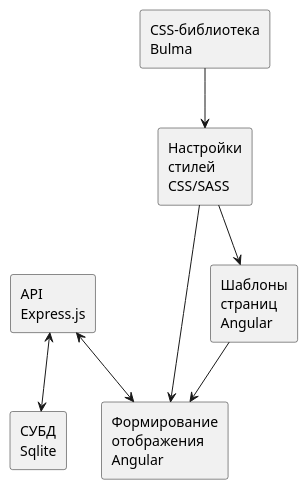
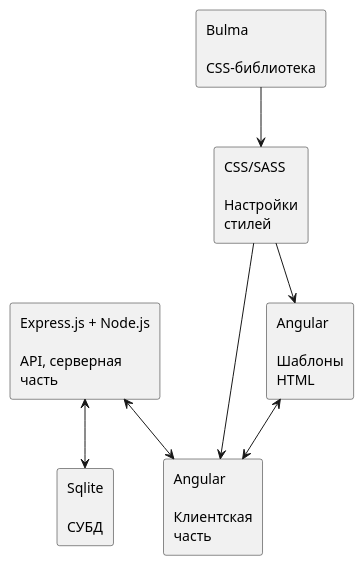
One commit to gitoqe/diploma changed the second of 7 diagrams in functional-structure.md. Above: the diagram before and after it, drawn with PlantUML. The commit also changed other lines of this file, not shown here.

````diff
--- a/functional-structure.md
+++ b/functional-structure.md
@@ -29,27 +29,22 @@
 ```plantuml
 @startuml
 skinparam rectangle<<behavior>> {
 	roundCorner 25
 }
 
-rectangle "СУБД\nSqlite" as DB
-rectangle "API\nExpress.js" as EX
-rectangle "Формирование\nотображения\nAngular" as Angular
-rectangle "Шаблоны\nстраниц\nAngular" as Temp
-rectangle "Настройки\nстилей\nCSS/SASS" as CSS
+rectangle "Sqlite\n\nСУБД" as DB
+rectangle "Express.js + Node.js\n\nAPI, серверная\nчасть" as EX
+rectangle "Angular\n\nКлиентская\nчасть" as Angular
+rectangle "Angular\n\nШаблоны\nHTML" as Temp
+rectangle "CSS/SASS\n\nНастройки\nстилей" as CSS
 
-rectangle "CSS-библиотека\nBulma" as Bulma
+rectangle "Bulma\n\nCSS-библиотека" as Bulma
 
 Bulma --> CSS
-
 EX <--> DB
 EX <--> Angular
-
-
-Temp --> Angular
-
+Temp <--> Angular
 CSS --> Angular
 CSS --> Temp
-
 @enduml
 ```
````
